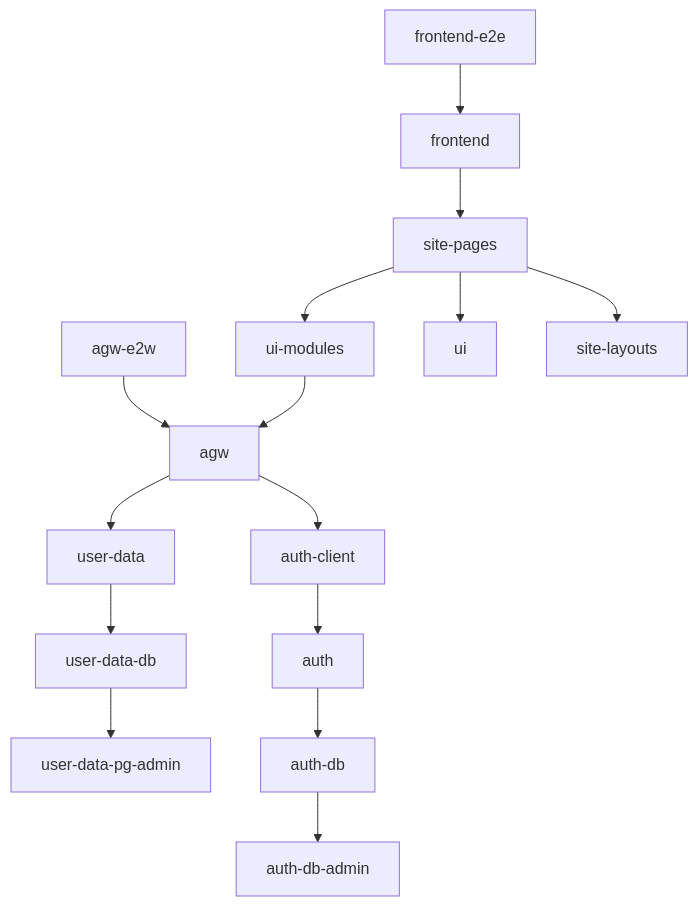
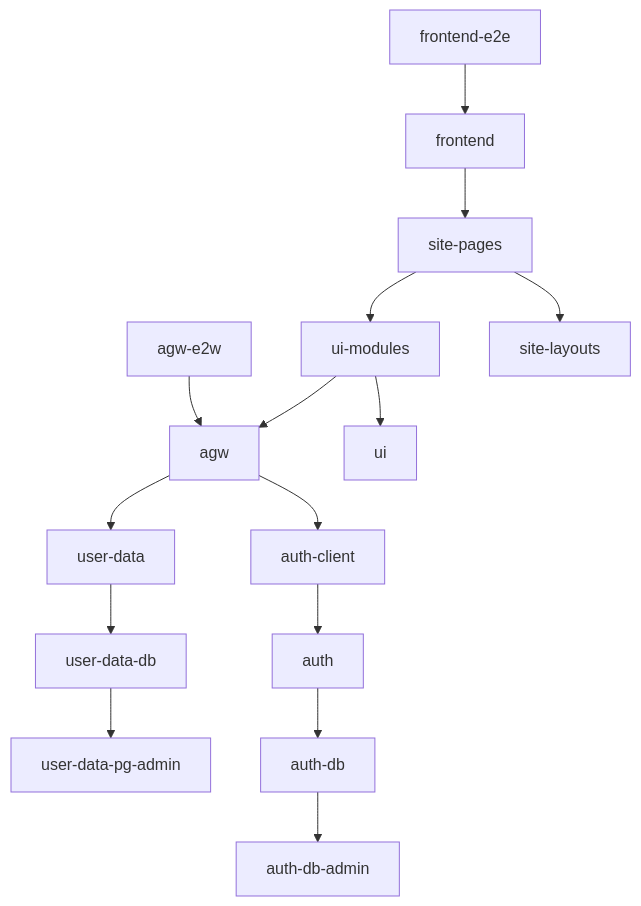
Before and after one commit to IT-Lab-KubSU/platform: the diagram in README.md, drawn with Mermaid.

Commit message:
docs: updated dep for the graph in the README.md

````diff
--- a/README.md
+++ b/README.md
@@ -72,17 +72,17 @@
 ```mermaid
 graph TD;
     agw-e2w-->agw;
     frontend-e2e-->frontend;
     ui-modules-->agw;
     agw-->user-data;
     user-data-->user-data-db;
     user-data-db-->user-data-pg-admin;
     agw-->auth-client;
     auth-client-->auth;
     auth-->auth-db;
     auth-db-->auth-db-admin;
-    site-pages-->ui;
+    ui-modules-->ui;
     site-pages-->ui-modules;
     frontend-->site-pages;
     site-pages-->site-layouts;
 ```
````
